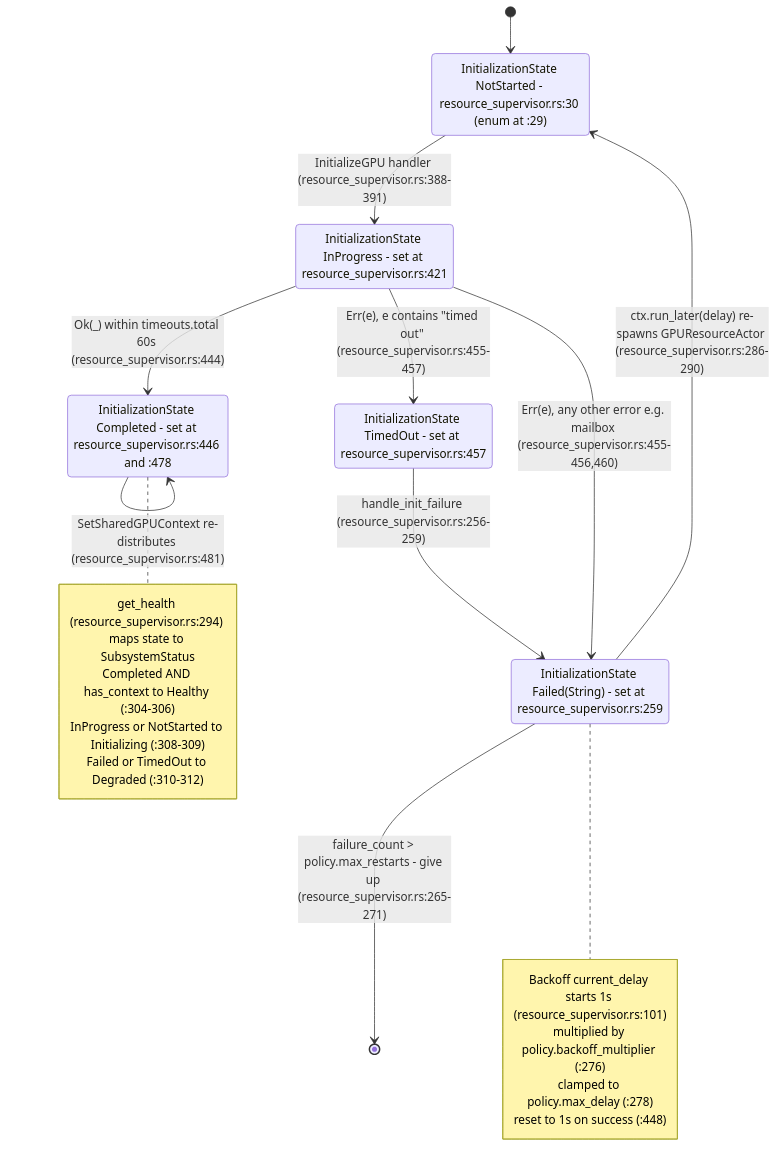
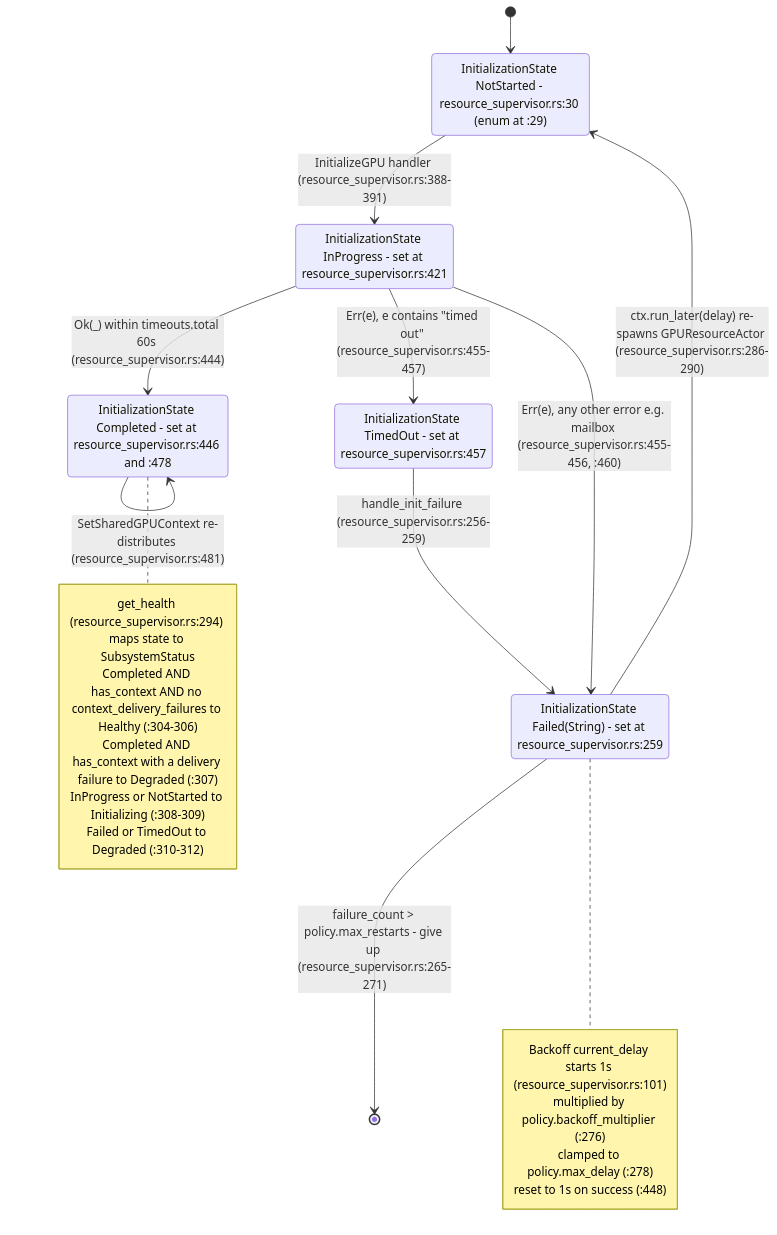
One commit to DreamLab-AI/VisionFlow changed the fourth of 8 diagrams in docs/diagrams/visionclaw/10-gpu-supervision-and-context-bus.md. Above: the diagram before and after it, drawn with Mermaid. The commit also changed other lines of this file and 173 other files, not shown here.

````diff
--- a/docs/diagrams/visionclaw/10-gpu-supervision-and-context-bus.md
+++ b/docs/diagrams/visionclaw/10-gpu-supervision-and-context-bus.md
@@ -174,31 +174,32 @@
 ```mermaid
 stateDiagram-v2
     [*] --> NotStarted
     NotStarted: InitializationState NotStarted - resource_supervisor.rs:30 (enum at :29)
     InProgress: InitializationState InProgress - set at resource_supervisor.rs:421
     Completed: InitializationState Completed - set at resource_supervisor.rs:446 and :478
     Failed: InitializationState Failed(String) - set at resource_supervisor.rs:259
     TimedOut: InitializationState TimedOut - set at resource_supervisor.rs:457
 
     NotStarted --> InProgress: InitializeGPU handler (resource_supervisor.rs:388-391)
     InProgress --> Completed: Ok(_) within timeouts.total 60s (resource_supervisor.rs:444)
     InProgress --> TimedOut: Err(e), e contains "timed out" (resource_supervisor.rs:455-457)
-    InProgress --> Failed: Err(e), any other error e.g. mailbox (resource_supervisor.rs:455-456,460)
+    InProgress --> Failed: Err(e), any other error e.g. mailbox (resource_supervisor.rs:455-456, :460)
     TimedOut --> Failed: handle_init_failure (resource_supervisor.rs:256-259)
     Failed --> NotStarted: ctx.run_later(delay) re-spawns GPUResourceActor (resource_supervisor.rs:286-290)
     Failed --> [*]: failure_count > policy.max_restarts - give up (resource_supervisor.rs:265-271)
     Completed --> Completed: SetSharedGPUContext re-distributes (resource_supervisor.rs:481)
 
     note right of Failed
         Backoff current_delay starts 1s (resource_supervisor.rs:101)
         multiplied by policy.backoff_multiplier (:276)
         clamped to policy.max_delay (:278)
         reset to 1s on success (:448)
     end note
     note right of Completed
         get_health (resource_supervisor.rs:294) maps state to SubsystemStatus
-        Completed AND has_context to Healthy (:304-306)
+        Completed AND has_context AND no context_delivery_failures to Healthy (:304-306)
+        Completed AND has_context with a delivery failure to Degraded (:307)
         InProgress or NotStarted to Initializing (:308-309)
         Failed or TimedOut to Degraded (:310-312)
     end note
 ```
````
